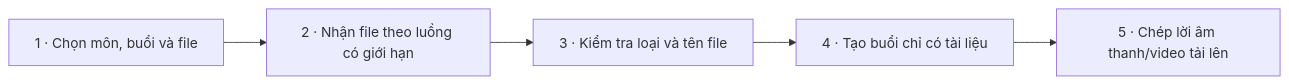
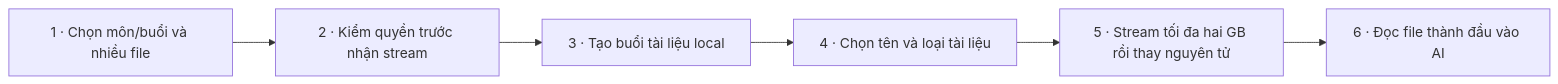
One commit to Thequancute215-sys/cun-zoom changed diagram 19 of 22 in docs/WORKFLOW.md. Above: the diagram before and after it, drawn with Mermaid. The commit also changed other lines of this file and 33 other files, not shown here.

Commit message:
Add account OTP and one-time license flow with deployment handover

````diff
--- a/docs/WORKFLOW.md
+++ b/docs/WORKFLOW.md
@@ -418,12 +622,14 @@
 ```mermaid
 flowchart LR
-  s1["1 · Chọn môn, buổi và file"]
-  s2["2 · Nhận file theo luồng có giới hạn"]
+  s1["1 · Chọn môn/buổi và nhiều file"]
+  s2["2 · Kiểm quyền trước nhận stream"]
   s1 --> s2
-  s3["3 · Kiểm tra loại và tên file"]
+  s3["3 · Tạo buổi tài liệu local"]
   s2 --> s3
-  s4["4 · Tạo buổi chỉ có tài liệu"]
+  s4["4 · Chọn tên và loại tài liệu"]
   s3 --> s4
-  s5["5 · Chép lời âm thanh/video tải lên"]
+  s5["5 · Stream tối đa hai GB rồi thay nguyên tử"]
   s4 --> s5
+  s6["6 · Đọc file thành đầu vào AI"]
+  s5 --> s6
 ```
````
